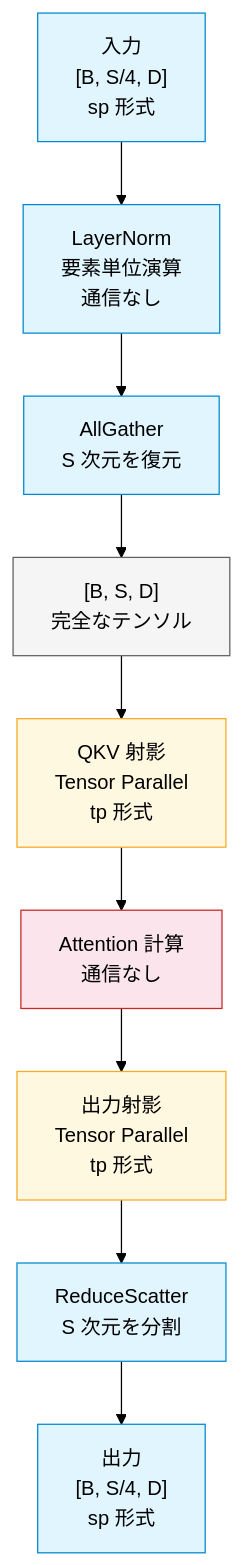
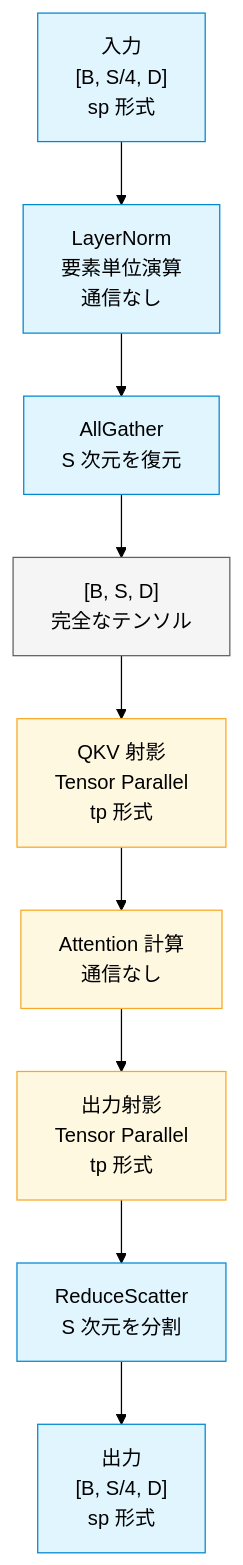
One commit to littlemex/zenn changed the ninth of 20 diagrams in books/ml-distributed-experiment-collection/transformer-distributed-parallelism.md. Above: the diagram before and after it, drawn with Mermaid (forest theme). The commit also changed other lines of this file, not shown here.

````diff
--- a/books/ml-distributed-experiment-collection/transformer-distributed-parallelism.md
+++ b/books/ml-distributed-experiment-collection/transformer-distributed-parallelism.md
@@ -547,26 +549,26 @@
 ```mermaid
 graph TB
     Input["入力<br/>[B, S/4, D]<br/>sp 形式"] --> LN["LayerNorm<br/>要素単位演算<br/>通信なし"]
 
     LN --> AG1["AllGather<br/>S 次元を復元"]
     AG1 --> Full1["[B, S, D]<br/>完全なテンソル"]
 
     Full1 --> QKV["QKV 射影<br/>Tensor Parallel<br/>tp 形式"]
 
     QKV --> Attn["Attention 計算<br/>通信なし"]
 
     Attn --> OutProj["出力射影<br/>Tensor Parallel<br/>tp 形式"]
 
     OutProj --> RS1["ReduceScatter<br/>S 次元を分割"]
     RS1 --> Output["出力<br/>[B, S/4, D]<br/>sp 形式"]
 
     style Input fill: #e1f5fe,stroke: #0288d1
     style LN fill: #e1f5fe,stroke: #0288d1
     style AG1 fill: #e1f5fe,stroke: #0288d1
     style Full1 fill: #f5f5f5,stroke: #616161
     style QKV fill: #fff8e1,stroke: #f9a825
-    style Attn fill: #fce4ec,stroke: #c62828
+    style Attn fill: #fff8e1,stroke: #f9a825
     style OutProj fill: #fff8e1,stroke: #f9a825
     style RS1 fill: #e1f5fe,stroke: #0288d1
     style Output fill: #e1f5fe,stroke: #0288d1
 ```
````
